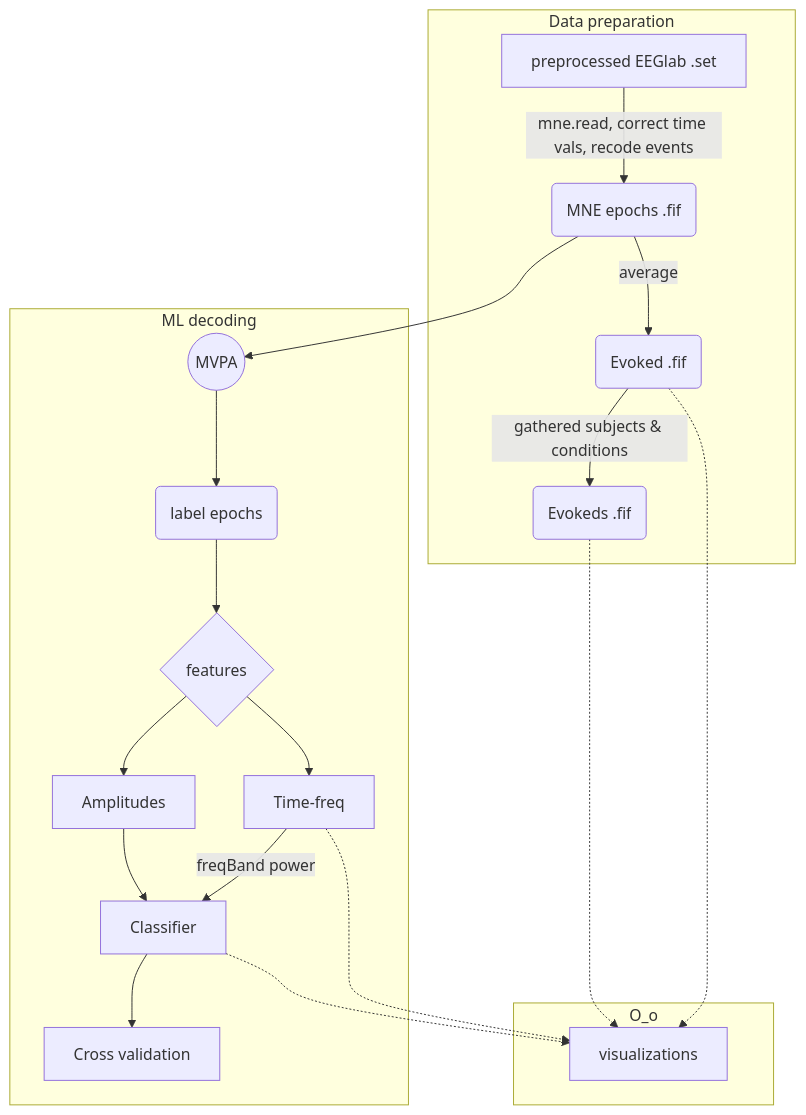
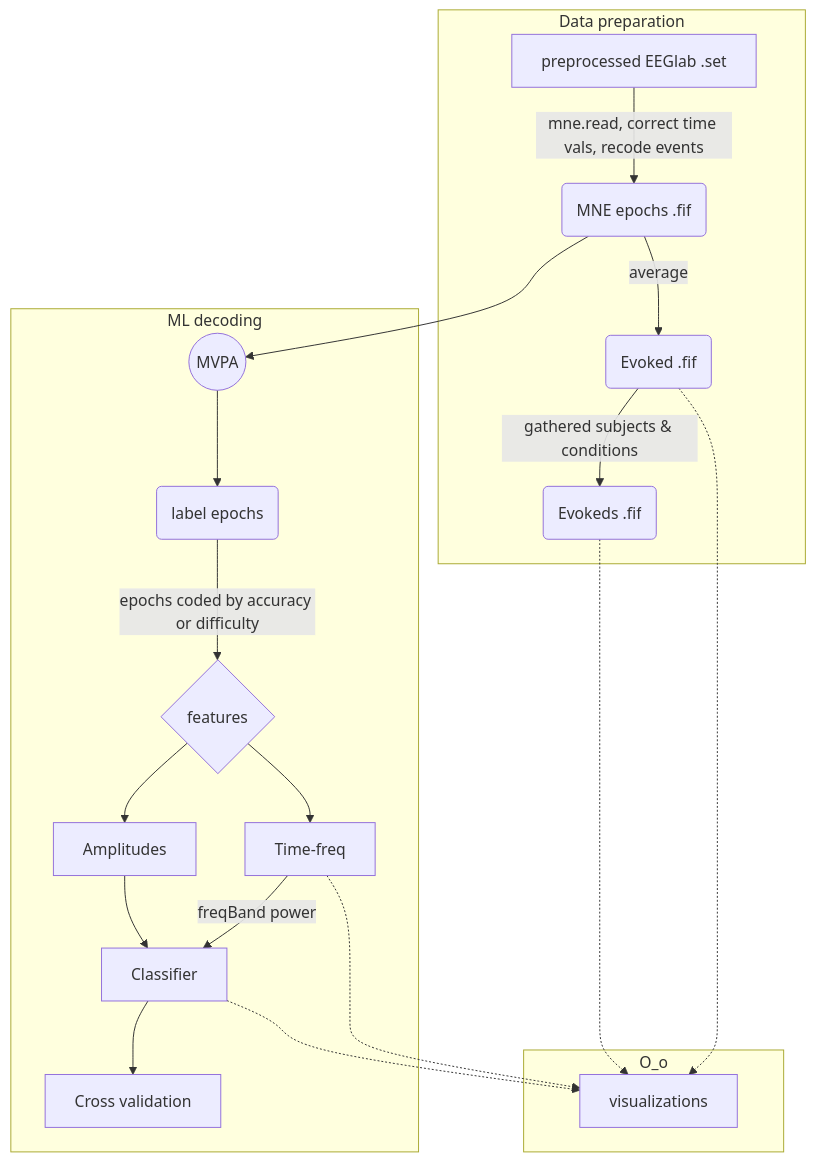
The diagram in Projects/SINEEG/DiN/README.md (Neuroling/SPINCO_SINEEG), drawn with Mermaid before and after one commit.

````diff
--- a/Projects/SINEEG/DiN/README.md
+++ b/Projects/SINEEG/DiN/README.md
@@ -92,27 +92,27 @@
 ```mermaid
 flowchart TB
     subgraph Data preparation  
     
     A[preprocessed EEGlab .set] -->| mne.read, correct time vals, recode events| B(MNE epochs .fif)
     B --> |average|C(Evoked .fif)
     C -->|gathered subjects & conditions| D(Evokeds .fif)
     end
     subgraph O_o
     C .-> V[visualizations]
     D .-> V[visualizations]
     end
 
     subgraph ML decoding
     B --> E((MVPA))
     E --> CO(label epochs)
-    CO --> FEA{features}
+    CO --> |epochs coded by accuracy or difficulty| FEA{features}
     FEA --> TA[Amplitudes]
     FEA --> TF[Time-freq]
     TF --> |freqBand power|G[Classifier]
     TF .-> V
     G .-> V
     TA --> G
     G --> CV[Cross validation]
 
     end
 ```
````
